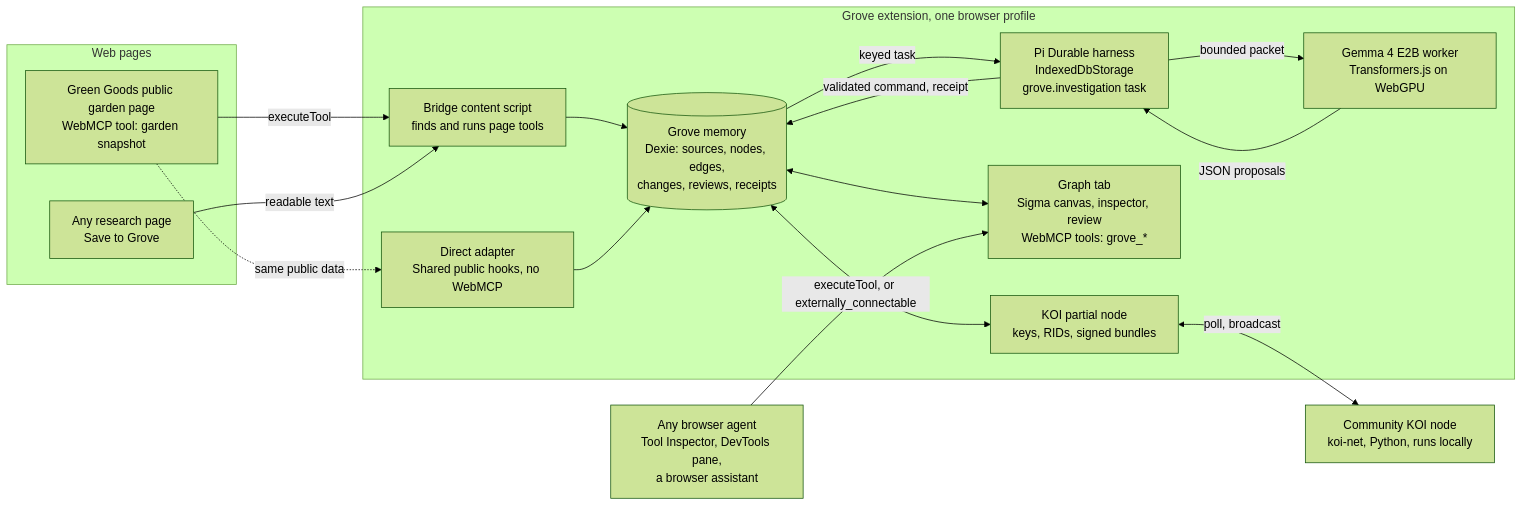
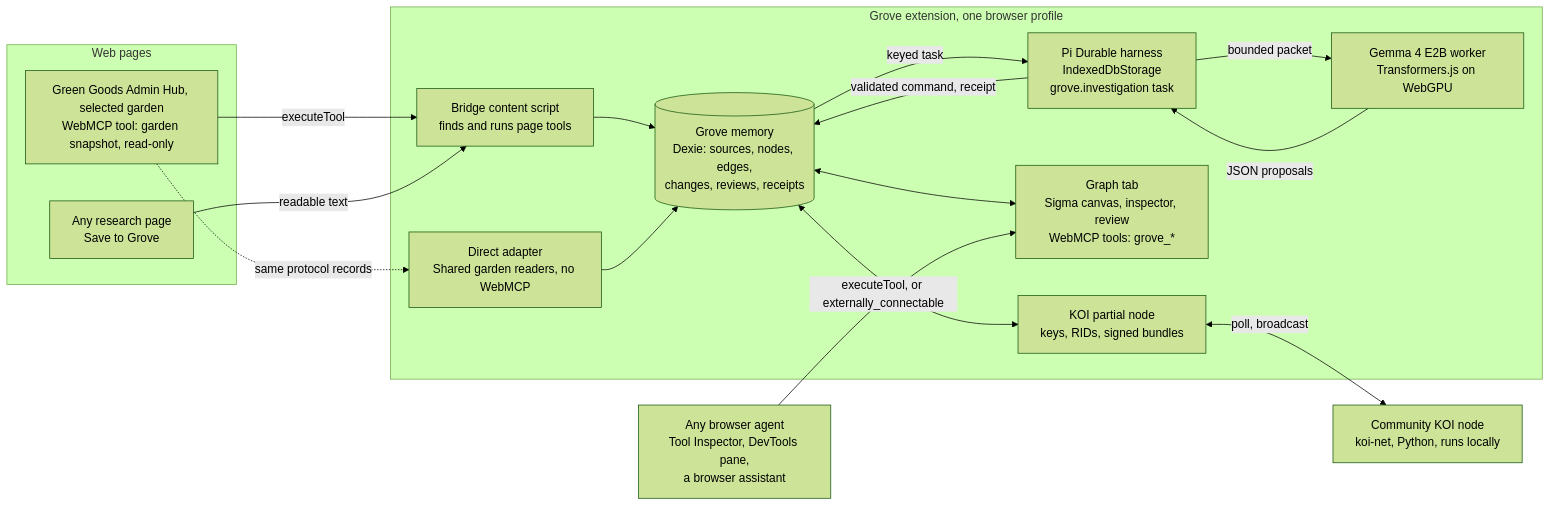
The diagram in .plans/ideas/grove/prototype.md (greenpill-dev-guild/green-goods), drawn with Mermaid (forest theme) before and after one commit. The commit also changed other lines of this file and 3 other files, not shown here.

First line of the commit message:
docs(plans): move the Grove connection surface to the Admin Hub

````diff
--- a/.plans/ideas/grove/prototype.md
+++ b/.plans/ideas/grove/prototype.md
@@ -27,31 +27,31 @@
 ```mermaid
 flowchart LR
   subgraph Pages["Web pages"]
-    GG["Green Goods public garden page<br/>WebMCP tool: garden snapshot"]
+    GG["Green Goods Admin Hub, selected garden<br/>WebMCP tool: garden snapshot, read-only"]
     SRC["Any research page<br/>Save to Grove"]
   end
   subgraph Ext["Grove extension, one browser profile"]
     BR["Bridge content script<br/>finds and runs page tools"]
-    DIR["Direct adapter<br/>Shared public hooks, no WebMCP"]
+    DIR["Direct adapter<br/>Shared garden readers, no WebMCP"]
     MEM[("Grove memory<br/>Dexie: sources, nodes, edges,<br/>changes, reviews, receipts")]
     PI["Pi Durable harness<br/>IndexedDbStorage<br/>grove.investigation task"]
     GEM["Gemma 4 E2B worker<br/>Transformers.js on WebGPU"]
     UI["Graph tab<br/>Sigma canvas, inspector, review<br/>WebMCP tools: grove_*"]
     KOI["KOI partial node<br/>keys, RIDs, signed bundles"]
   end
   PEER["Community KOI node<br/>koi-net, Python, runs locally"]
   AGENT["Any browser agent<br/>Tool Inspector, DevTools pane,<br/>a browser assistant"]
   GG -->|"executeTool"| BR
-  GG -.->|"same public data"| DIR
+  GG -.->|"same protocol records"| DIR
   SRC -->|"readable text"| BR
   BR --> MEM
   DIR --> MEM
   MEM -->|"keyed task"| PI
   PI -->|"bounded packet"| GEM
   GEM -->|"JSON proposals"| PI
   PI -->|"validated command, receipt"| MEM
   MEM <--> UI
   MEM <--> KOI
   KOI <-->|"poll, broadcast"| PEER
   AGENT -->|"executeTool, or externally_connectable"| UI
 ```
````
